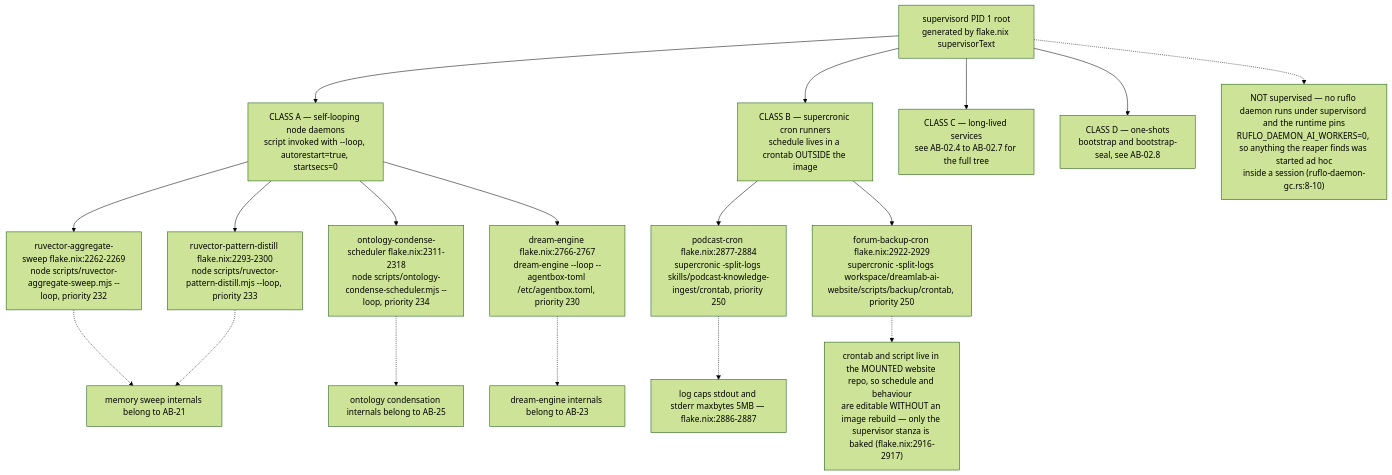
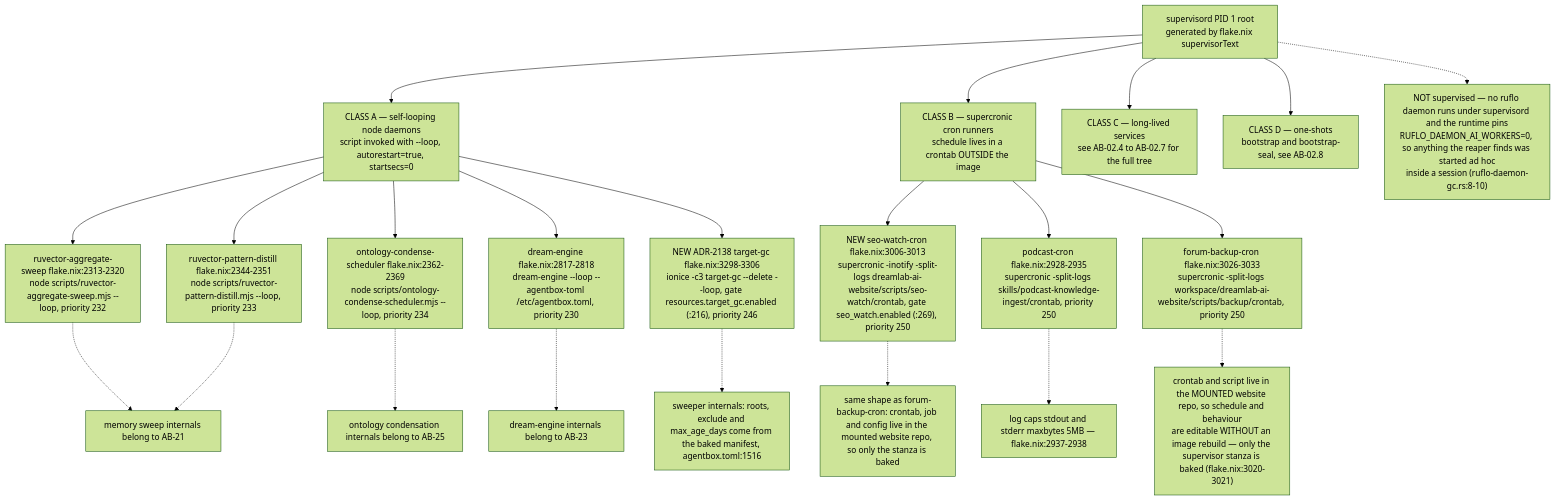
The first of 11 diagrams in docs/diagrams/agentbox/07-daemons-reapers-cron-backups.md (DreamLab-AI/VisionFlow), drawn with Mermaid (forest theme) before and after one commit. The commit also changed other lines of this file and 80 other files, not shown here.

First line of the commit message:
docs(diagrams): re-verify the agentbox, dreamlab, estate and visionflow corpus against current sources

````diff
--- a/docs/diagrams/agentbox/07-daemons-reapers-cron-backups.md
+++ b/docs/diagrams/agentbox/07-daemons-reapers-cron-backups.md
@@ -26,20 +27,24 @@
 ```mermaid
 flowchart TD
     SUP["supervisord PID 1 root<br/>generated by flake.nix supervisorText"] --> C1["CLASS A — self-looping node daemons<br/>script invoked with --loop, autorestart=true, startsecs=0"]
     SUP --> C2["CLASS B — supercronic cron runners<br/>schedule lives in a crontab OUTSIDE the image"]
     SUP --> C3["CLASS C — long-lived services<br/>see AB-02.4 to AB-02.7 for the full tree"]
     SUP --> C4["CLASS D — one-shots<br/>bootstrap and bootstrap-seal, see AB-02.8"]
-    C1 --> A1["ruvector-aggregate-sweep flake.nix:2262-2269<br/>node scripts/ruvector-aggregate-sweep.mjs --loop, priority 232"]
-    C1 --> A2["ruvector-pattern-distill flake.nix:2293-2300<br/>node scripts/ruvector-pattern-distill.mjs --loop, priority 233"]
-    C1 --> A3["ontology-condense-scheduler flake.nix:2311-2318<br/>node scripts/ontology-condense-scheduler.mjs --loop, priority 234"]
-    C1 --> A4["dream-engine flake.nix:2766-2767<br/>dream-engine --loop --agentbox-toml /etc/agentbox.toml, priority 230"]
-    C2 --> B1["podcast-cron flake.nix:2877-2884<br/>supercronic -split-logs skills/podcast-knowledge-ingest/crontab, priority 250"]
-    C2 --> B2["forum-backup-cron flake.nix:2922-2929<br/>supercronic -split-logs workspace/dreamlab-ai-website/scripts/backup/crontab, priority 250"]
+    C1 --> A1["ruvector-aggregate-sweep flake.nix:2313-2320<br/>node scripts/ruvector-aggregate-sweep.mjs --loop, priority 232"]
+    C1 --> A2["ruvector-pattern-distill flake.nix:2344-2351<br/>node scripts/ruvector-pattern-distill.mjs --loop, priority 233"]
+    C1 --> A3["ontology-condense-scheduler flake.nix:2362-2369<br/>node scripts/ontology-condense-scheduler.mjs --loop, priority 234"]
+    C1 --> A4["dream-engine flake.nix:2817-2818<br/>dream-engine --loop --agentbox-toml /etc/agentbox.toml, priority 230"]
+    C1 --> A5["NEW ADR-2138 target-gc flake.nix:3298-3306<br/>ionice -c3 target-gc --delete --loop, gate resources.target_gc.enabled (:216), priority 246"]
+    C2 --> B3["NEW seo-watch-cron flake.nix:3006-3013<br/>supercronic -inotify -split-logs dreamlab-ai-website/scripts/seo-watch/crontab, gate seo_watch.enabled (:269), priority 250"]
+    C2 --> B1["podcast-cron flake.nix:2928-2935<br/>supercronic -split-logs skills/podcast-knowledge-ingest/crontab, priority 250"]
+    C2 --> B2["forum-backup-cron flake.nix:3026-3033<br/>supercronic -split-logs workspace/dreamlab-ai-website/scripts/backup/crontab, priority 250"]
     A1 -.-> M1["memory sweep internals belong to AB-21"]
     A2 -.-> M1
     A3 -.-> M2["ontology condensation internals belong to AB-25"]
     A4 -.-> M3["dream-engine internals belong to AB-23"]
-    B1 -.-> N1["log caps stdout and stderr maxbytes 5MB — flake.nix:2886-2887"]
-    B2 -.-> N2["crontab and script live in the MOUNTED website repo, so schedule and behaviour<br/>are editable WITHOUT an image rebuild — only the supervisor stanza is baked (flake.nix:2916-2917)"]
+    A5 -.-> M4["sweeper internals: roots, exclude and max_age_days come from the baked manifest, agentbox.toml:1516"]
+    B3 -.-> N3["same shape as forum-backup-cron: crontab, job and config live in the mounted website repo, so only the stanza is baked"]
+    B1 -.-> N1["log caps stdout and stderr maxbytes 5MB — flake.nix:2937-2938"]
+    B2 -.-> N2["crontab and script live in the MOUNTED website repo, so schedule and behaviour<br/>are editable WITHOUT an image rebuild — only the supervisor stanza is baked (flake.nix:3020-3021)"]
     SUP -.-> ADHOC["NOT supervised — no ruflo daemon runs under supervisord and the runtime pins<br/>RUFLO_DAEMON_AI_WORKERS=0, so anything the reaper finds was started ad hoc<br/>inside a session (ruflo-daemon-gc.rs:8-10)"]
 ```
````
